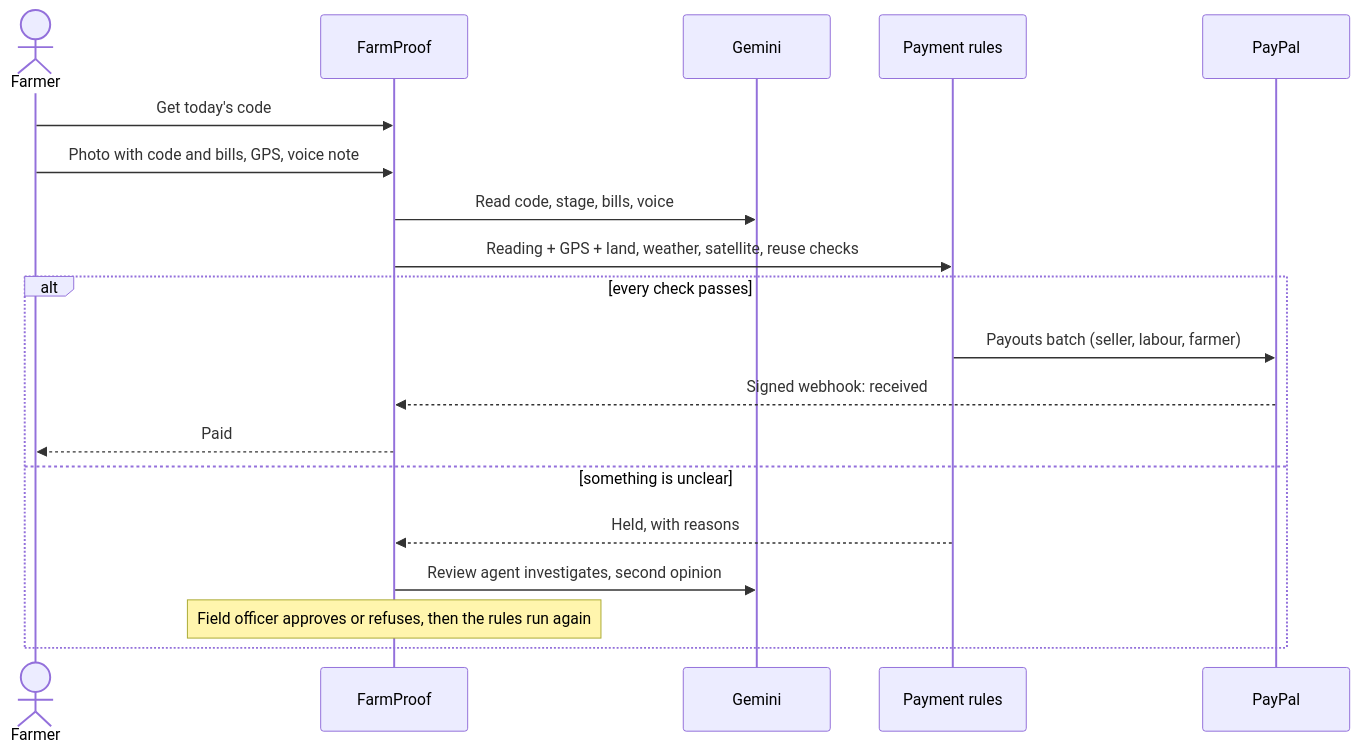
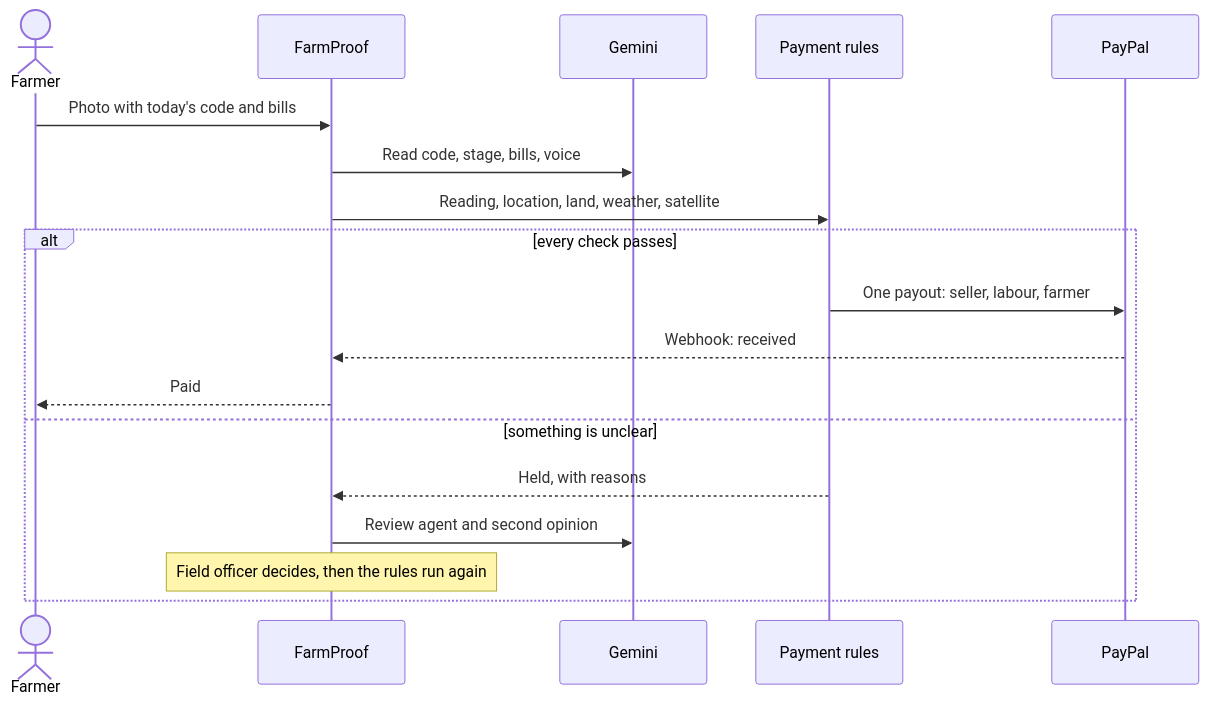
Before and after one commit to vaibhavdes/FreshPay: the second of 2 diagrams in README.md, drawn with Mermaid. The commit also changed other lines of this file and 14 other files, not shown here.

````diff
--- a/README.md
+++ b/README.md
@@ -146,21 +114,20 @@
 ```mermaid
 sequenceDiagram
     actor Farmer
     participant App as FarmProof
     participant AI as Gemini
-    participant Gate as Payment rules
+    participant Rules as Payment rules
     participant PayPal
-    Farmer->>App: Get today's code
-    Farmer->>App: Photo with code and bills, GPS, voice note
+    Farmer->>App: Photo with today's code and bills
     App->>AI: Read code, stage, bills, voice
-    App->>Gate: Reading + GPS + land, weather, satellite, reuse checks
+    App->>Rules: Reading, location, land, weather, satellite
     alt every check passes
-        Gate->>PayPal: Payouts batch (seller, labour, farmer)
-        PayPal-->>App: Signed webhook: received
+        Rules->>PayPal: One payout: seller, labour, farmer
+        PayPal-->>App: Webhook: received
         App-->>Farmer: Paid
     else something is unclear
-        Gate-->>App: Held, with reasons
-        App->>AI: Review agent investigates, second opinion
-        Note over App: Field officer approves or refuses, then the rules run again
+        Rules-->>App: Held, with reasons
+        App->>AI: Review agent and second opinion
+        Note over App: Field officer decides, then the rules run again
     end
 ```
````
